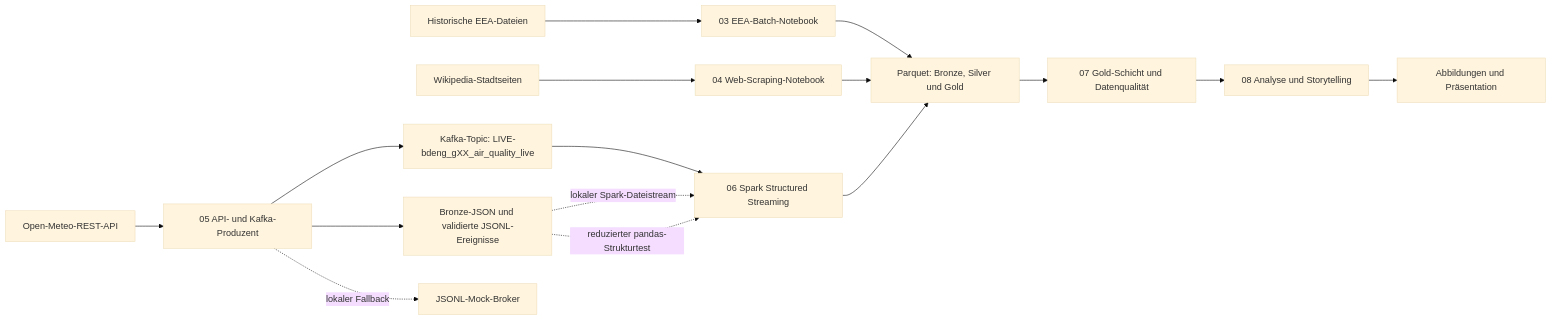
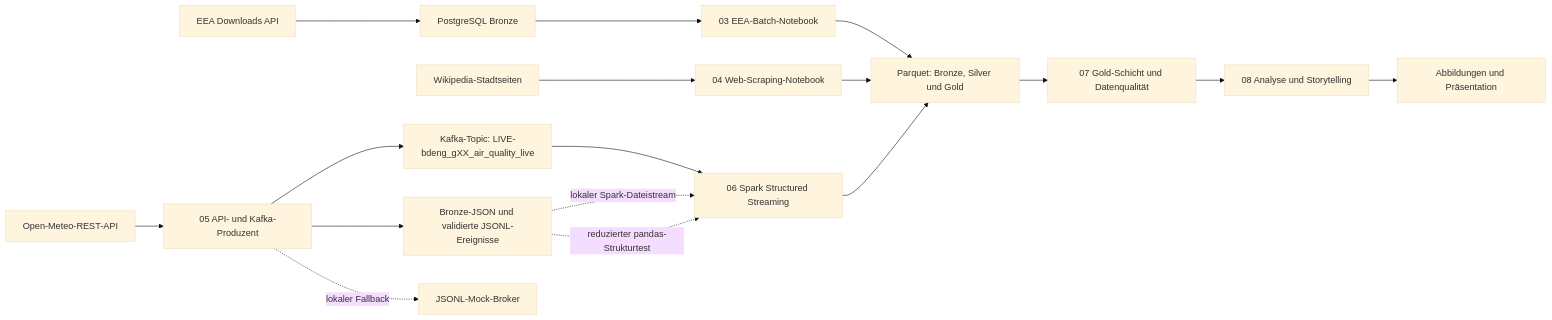
The diagram in docs/diagrams/architecture.mmd (OnlyMajorG/euro-air-quality-pipeline), drawn with Mermaid (base theme) before and after one commit. The commit also changed 29 other files, not shown here.

```diff
--- a/docs/diagrams/architecture.mmd
+++ b/docs/diagrams/architecture.mmd
@@ -1,16 +1,17 @@
 flowchart LR
-    EEA["Historische EEA-Dateien"] --> N03["03 EEA-Batch-Notebook"]
+    EEA["EEA Downloads API"] --> PG["PostgreSQL Bronze"]
+    PG --> N03["03 EEA-Batch-Notebook"]
     WIKI["Wikipedia-Stadtseiten"] --> N04["04 Web-Scraping-Notebook"]
     API["Open-Meteo-REST-API"] --> N05["05 API- und Kafka-Produzent"]
     N05 --> RAW["Bronze-JSON und validierte JSONL-Ereignisse"]
     N05 --> KAFKA["Kafka-Topic: LIVE-bdeng_gXX_air_quality_live"]
     N05 -. "lokaler Fallback" .-> MOCK["JSONL-Mock-Broker"]
     KAFKA --> N06["06 Spark Structured Streaming"]
     RAW -. "lokaler Spark-Dateistream" .-> N06
     RAW -. "reduzierter pandas-Strukturtest" .-> N06
     N03 --> PARQUET["Parquet: Bronze, Silver und Gold"]
     N04 --> PARQUET
     N06 --> PARQUET
     PARQUET --> N07["07 Gold-Schicht und Datenqualität"]
     N07 --> N08["08 Analyse und Storytelling"]
     N08 --> PRES["Abbildungen und Präsentation"]
```
